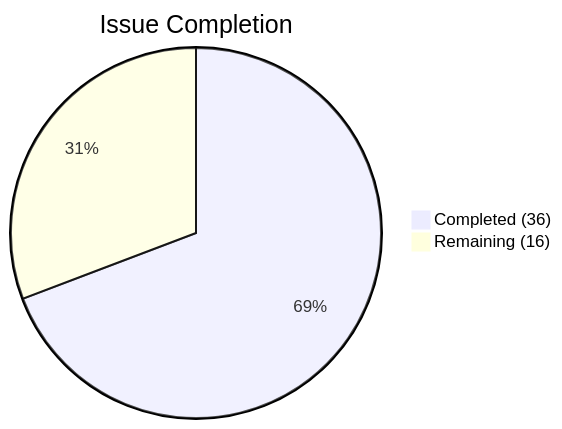
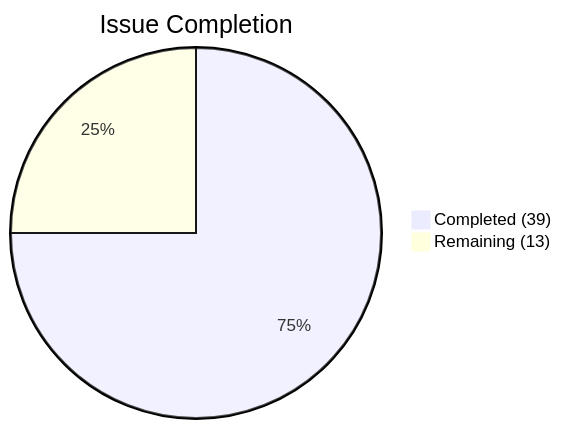
The first of 2 diagrams in docs/delivery/README.md (artemsemdev/CareBridge), drawn with Mermaid before and after one commit. The commit also changed other lines of this file and 26 other files, not shown here.

````diff
--- a/docs/delivery/README.md
+++ b/docs/delivery/README.md
@@ -26,5 +26,5 @@
 ```mermaid
 pie title Issue Completion
-    "Completed (36)" : 36
-    "Remaining (16)" : 16
+    "Completed (39)" : 39
+    "Remaining (13)" : 13
 ```
````
